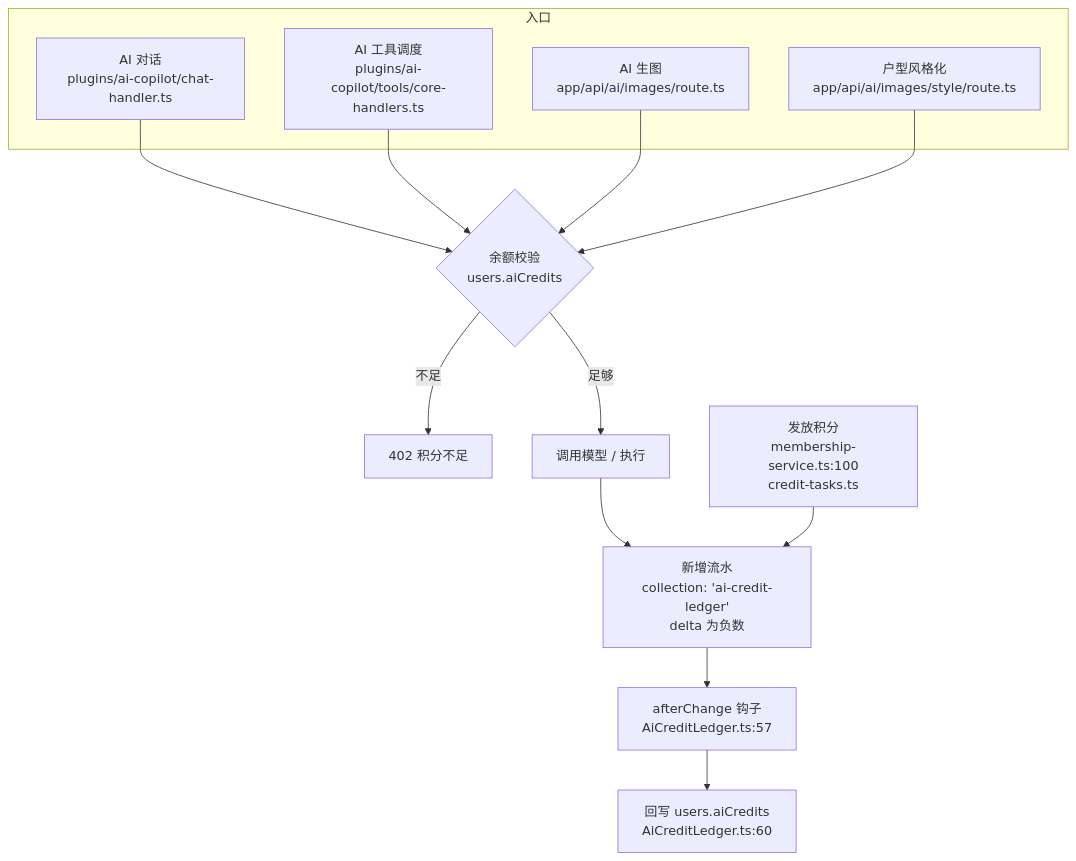
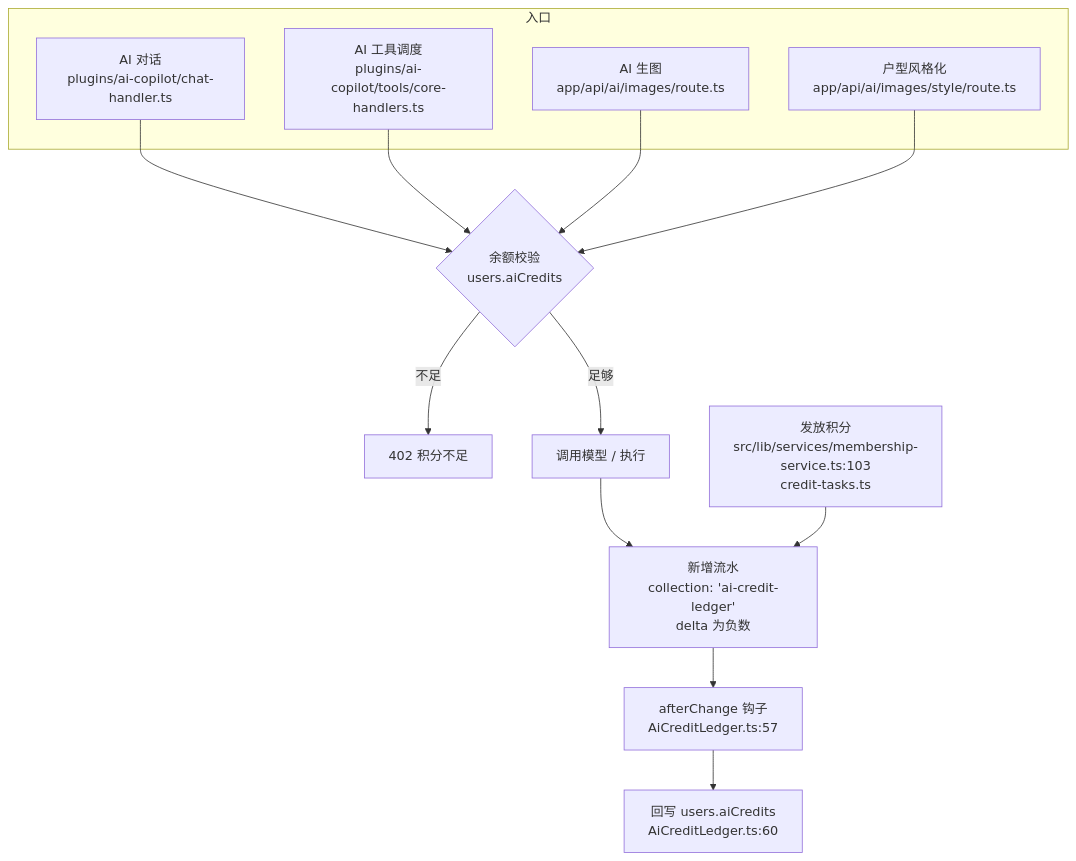
The fifth of 5 diagrams in ARCHITECTURE-MAP.md (Nooonnneee/fmkj-figma-smart-design), drawn with Mermaid before and after one commit. The commit also changed other lines of this file, not shown here.

First line of the commit message:
docs: 修正 ARCHITECTURE-MAP 复核问题并补齐 proxy/globals/migrations/api 层

````diff
--- a/ARCHITECTURE-MAP.md
+++ b/ARCHITECTURE-MAP.md
@@ -256,22 +348,22 @@
 ```mermaid
 flowchart TB
   subgraph ENTRY["入口"]
     CHAT["AI 对话<br/>plugins/ai-copilot/chat-handler.ts"]
     TOOL["AI 工具调度<br/>plugins/ai-copilot/tools/core-handlers.ts"]
     IMG["AI 生图<br/>app/api/ai/images/route.ts"]
     STYLE["户型风格化<br/>app/api/ai/images/style/route.ts"]
   end
 
   CHAT --> CHECK{"余额校验<br/>users.aiCredits"}
   TOOL --> CHECK
   IMG --> CHECK
   STYLE --> CHECK
 
   CHECK -->|不足| ERR["402 积分不足"]
   CHECK -->|足够| RUN["调用模型 / 执行"]
   RUN --> LEDGER["新增流水<br/>collection: 'ai-credit-ledger'<br/>delta 为负数"]
   LEDGER --> HOOK["afterChange 钩子<br/>AiCreditLedger.ts:57"]
   HOOK --> BAL["回写 users.aiCredits<br/>AiCreditLedger.ts:60"]
 
-  GRANT["发放积分<br/>membership-service.ts:100<br/>credit-tasks.ts"] --> LEDGER
+  GRANT["发放积分<br/>src/lib/services/membership-service.ts:103<br/>credit-tasks.ts"] --> LEDGER
 ```
````
